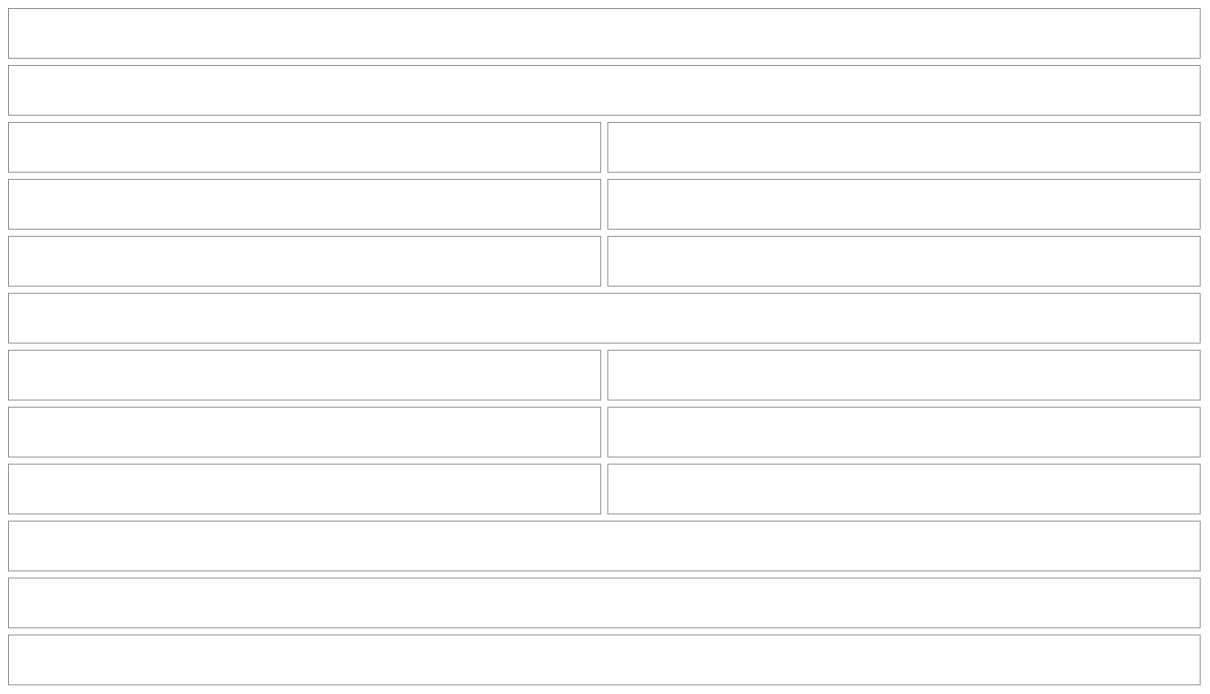
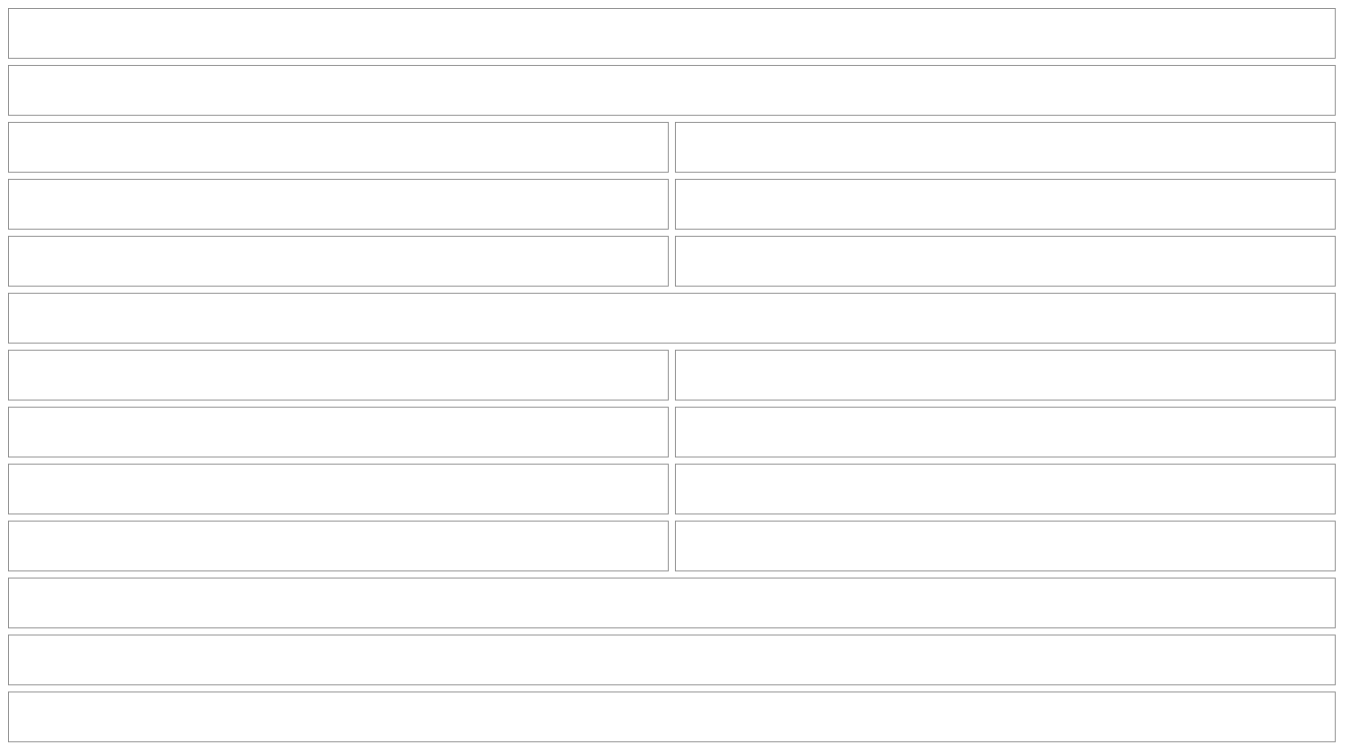
Diagram 12 of 57 in src/apps/pinch/UX.md (NovaMoonX/moondreams-dev-apps), drawn with Mermaid before and after one commit. The commit also changed other lines of this file and 123 other files, not shown here.

First line of the commit message:
Pinch round 7: cooking mode leads with the step, lighter recipe and meal views, roomy More, ingredient groups, named meals on the shopping list (#358)

````diff
--- a/src/apps/pinch/UX.md
+++ b/src/apps/pinch/UX.md
@@ -407,30 +445,34 @@
 ```mermaid
 %%{init: {'theme': 'base', 'themeVariables': {'primaryColor': 'transparent', 'primaryBorderColor': '#888888', 'primaryTextColor': '#333333', 'lineColor': '#888888'}}}%%
 block-beta
   columns 2
   V1["View options"]:2
   V1a["NUTRITION, EVERYWHERE"]:2
   V1b["🔥 Calories"]:1
   V1c["◯ off"]:1
   V1d["💪 Protein · Also shows the price per gram of protein"]:1
   V1e["◯ off"]:1
   V1f["🌾 Carbs   🥑 Fat"]:1
   V1g["◯ off"]:1
-  V1h["ON THIS LIST"]:2
+  V1h["ON THIS LIST (ON THE CALENDAR on the Calendar)"]:2
+  V1i["Show stats (Calendar only) · Total, average per fully priced meal and daily nutrition, as tiles"]:1
+  V1j["◯ off"]:1
   V2["Show prices (on the Calendar: each Week meal row)"]:1
   V3["◉ on"]:1
   V4["Show calories and macros"]:1
   V5["◯ off"]:1
   V5b["Show what's in stock (Recipes and Saved meals only)"]:1
   V5c["◉ on"]:1
   V6["Nutrition numbers (Kitchen only, once a number is on)<br/>Per serving   [ Per 100 g ]"]:2
   V6b["About the numbers: nutrition values are approximate, based on USDA FoodData Central. Store logos are provided by Logo.dev and remain their owners' trademarks."]:2
   V7["Reset  ·  Done"]:2
   style V1 fill:transparent,stroke:#888888,stroke-width:1px;
+  style V1i fill:transparent,stroke:#888888,stroke-width:1px;
+  style V1j fill:transparent,stroke:#888888,stroke-width:1px;
   style V2 fill:transparent,stroke:#888888,stroke-width:1px;
   style V3 fill:transparent,stroke:#888888,stroke-width:1px;
   style V4 fill:transparent,stroke:#888888,stroke-width:1px;
   style V5 fill:transparent,stroke:#888888,stroke-width:1px;
   style V6 fill:transparent,stroke:#888888,stroke-width:1px;
   style V7 fill:transparent,stroke:#888888,stroke-width:1px;
 ```
````
